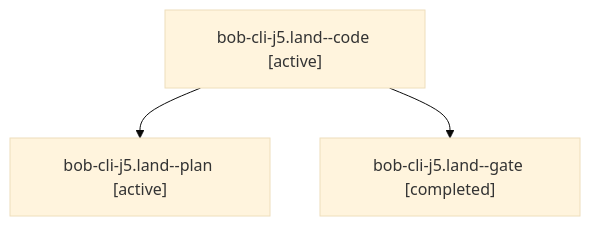
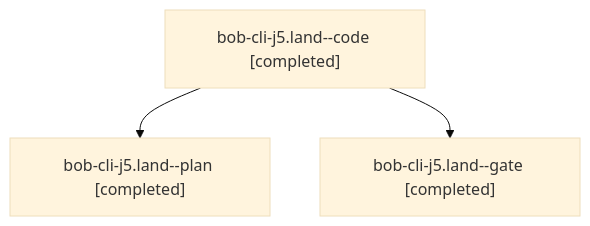
Before and after one commit to bobs-org/bob-cli--agents: the diagram in sessions/bbugyi200.athena.bob-cli-j5.land.md, drawn with Mermaid (base theme). The commit also changed other lines of this file and 51 other files, not shown here.

````diff
--- a/sessions/bbugyi200.athena.bob-cli-j5.land.md
+++ b/sessions/bbugyi200.athena.bob-cli-j5.land.md
@@ -9,8 +9,8 @@
 ```mermaid
 flowchart TD
-  n0["bob-cli-j5.land--code [active]"]
-  n1["bob-cli-j5.land--plan [active]"]
+  n0["bob-cli-j5.land--code [completed]"]
+  n1["bob-cli-j5.land--plan [completed]"]
   n0 --> n1
   n2["bob-cli-j5.land--gate [completed]"]
   n0 --> n2
 ```
````
